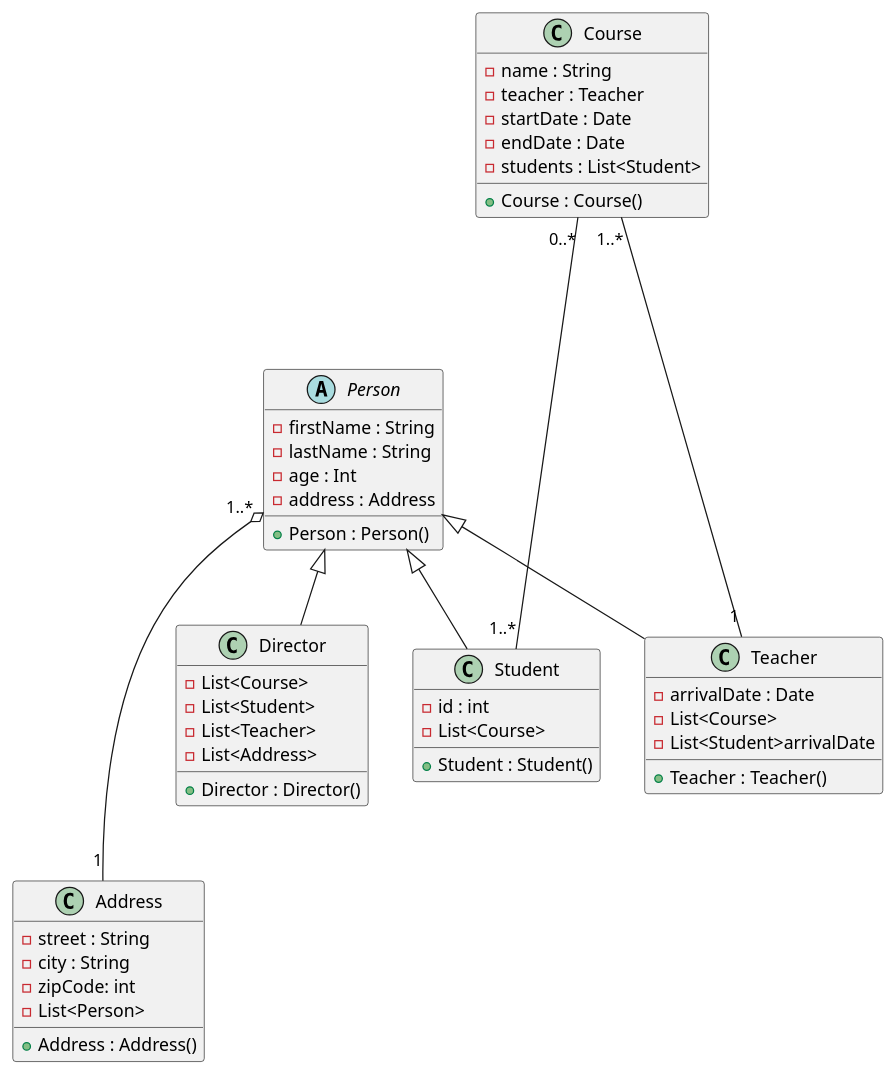
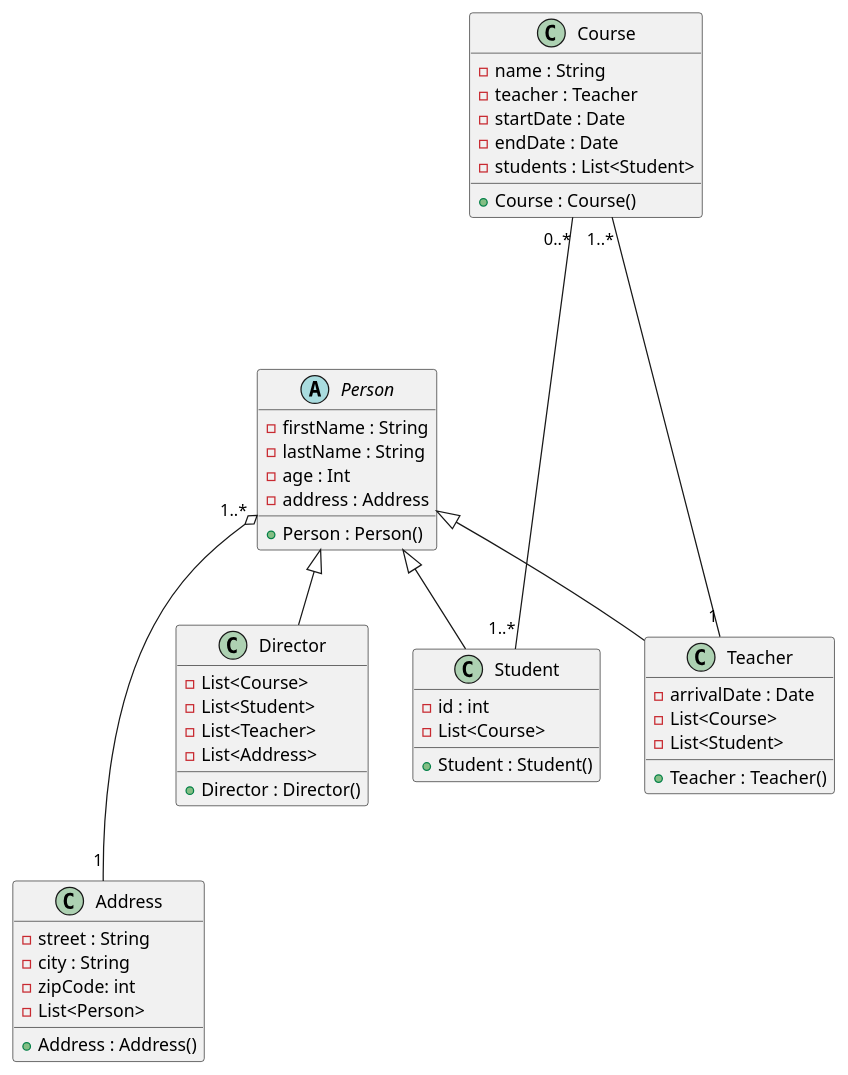
The diagram in doc/DiagramClass.puml (john7440/School--Group--Java), drawn with PlantUML before and after one commit.

Commit message:
correction typo doc

```diff
--- a/doc/DiagramClass.puml
+++ b/doc/DiagramClass.puml
@@ -1,57 +1,57 @@
 @startuml
 
 abstract class  Person{
     - firstName : String
     - lastName : String
     - age : Int
     - address : Address
 
     + Person : Person()
 }
 
 class Address{
     - street : String
     - city : String
     - zipCode: int
     - List<Person>
 
     + Address : Address()
 }
 
 class Director extends Person{
     - List<Course>
     - List<Student>
     - List<Teacher>
     - List<Address>
     + Director : Director()
 }
 
 class Student extends Person{
     - id : int
     - List<Course>
     + Student : Student()
 }
 
 class Teacher extends Person{
     - arrivalDate : Date
     - List<Course>
-    - List<Student>arrivalDate
+    - List<Student>
     + Teacher : Teacher()
 }
 
 class Course{
     - name : String
     - teacher : Teacher
     - startDate : Date
     - endDate : Date
     - students : List<Student>
 
     + Course : Course()
 }
 
 Person "1..*" o--- "1" Address
 Course "1..*" ---- "1" Teacher
 Course "0..*" ---- "1..*" Student
 
 
 @enduml
```
